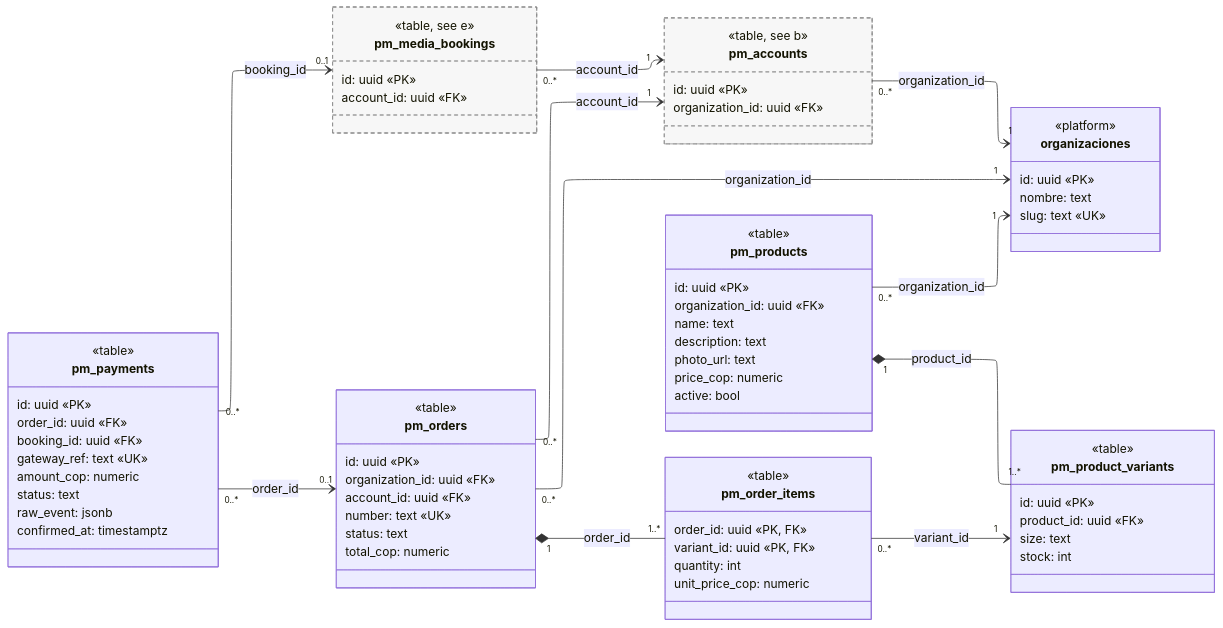
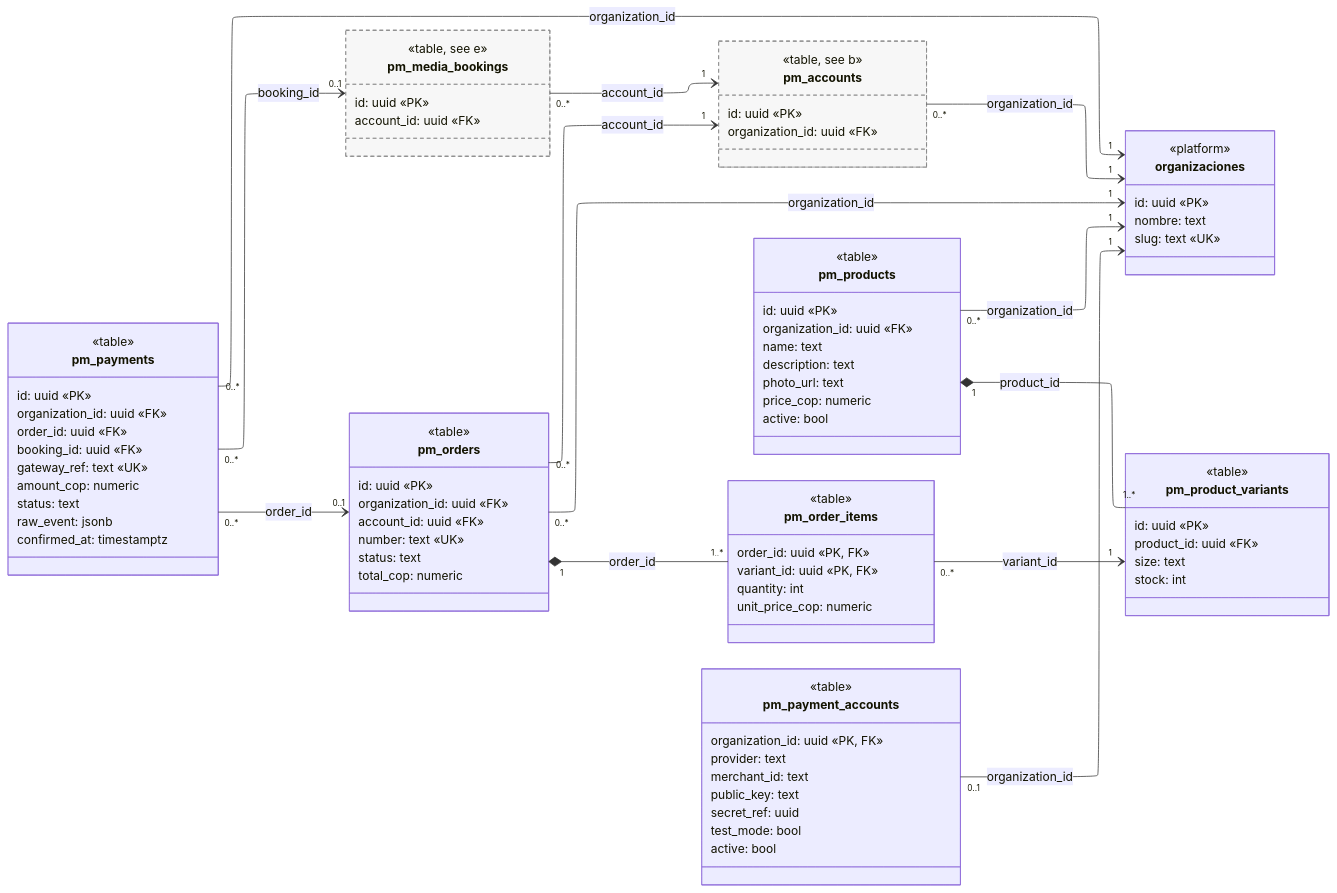
Before and after one commit to hmragencia/ingesoft2-tournament-platform: the fourth of 5 diagrams in Workshop-2/04-relational-database-model.md, drawn with Mermaid. The commit also changed other lines of this file and 20 other files, not shown here.

First line of the commit message:
Unify Workshop 2: explicit architecture style, Cloudflare, white-label

```diff
--- a/Workshop-2/04-relational-database-model.md
+++ b/Workshop-2/04-relational-database-model.md
@@ -326,9 +333,20 @@
     quantity: int
     unit_price_cop: numeric
   }
+  class pm_payment_accounts {
+    <<table>>
+    organization_id: uuid «PK, FK»
+    provider: text
+    merchant_id: text
+    public_key: text
+    secret_ref: uuid
+    test_mode: bool
+    active: bool
+  }
   class pm_payments {
     <<table>>
     id: uuid «PK»
+    organization_id: uuid «FK»
     order_id: uuid «FK»
     booking_id: uuid «FK»
     gateway_ref: text «UK»
@@ -345,6 +363,8 @@
   pm_orders "0..*" --> "1" pm_accounts : account_id
   pm_orders "1" *-- "1..*" pm_order_items : order_id
   pm_order_items "0..*" --> "1" pm_product_variants : variant_id
+  pm_payment_accounts "0..1" --> "1" organizaciones : organization_id
+  pm_payments "0..*" --> "1" organizaciones : organization_id
   pm_payments "0..*" --> "0..1" pm_orders : order_id
   pm_payments "0..*" --> "0..1" pm_media_bookings : booking_id
   pm_media_bookings "0..*" --> "1" pm_accounts : account_id
```
